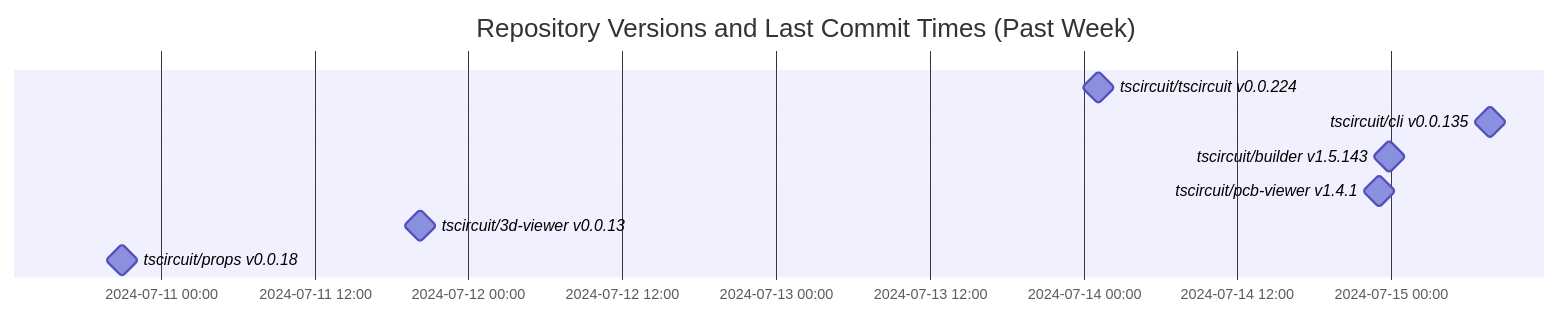
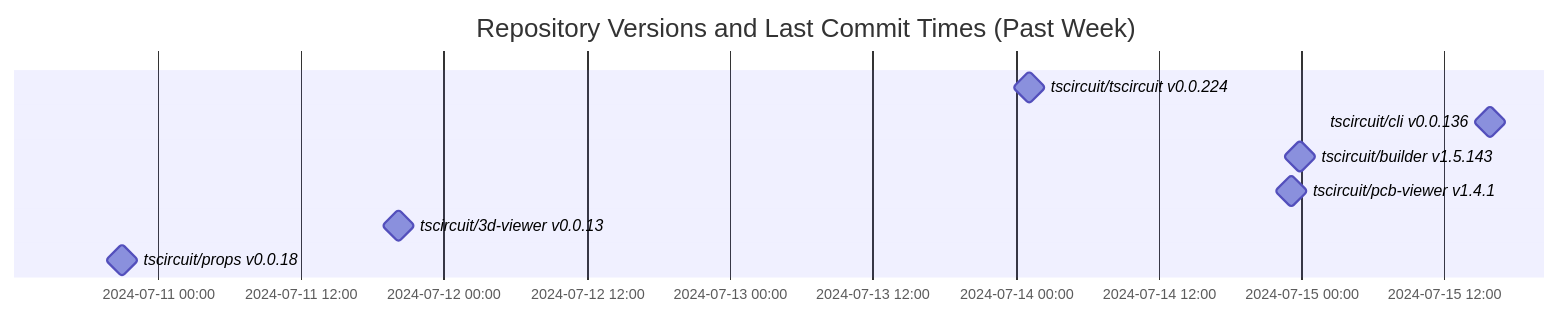
One commit to tscircuit/version-tracker changed the diagram in README.md. Above: the diagram before and after it, drawn with Mermaid.

Commit message:
Update chart

````diff
--- a/README.md
+++ b/README.md
@@ -1,13 +1,13 @@
 ```mermaid
 gantt
   dateFormat  YYYY-MM-DD HH:mm:ss
   title Repository Versions and Last Commit Times (Past Week)
   axisFormat %Y-%m-%d %H:%M
 
   tscircuit/tscircuit v0.0.224 : milestone, 2024-07-14 01:11:10, 1s
-  tscircuit/cli v0.0.135 : milestone, 2024-07-15 07:44:10, 1s
+  tscircuit/cli v0.0.136 : milestone, 2024-07-15 15:48:32, 1s
   tscircuit/builder v1.5.143 : milestone, 2024-07-14 23:49:38, 1s
   tscircuit/pcb-viewer v1.4.1 : milestone, 2024-07-14 23:05:20, 1s
   tscircuit/3d-viewer v0.0.13 : milestone, 2024-07-11 20:12:35, 1s
   tscircuit/props v0.0.18 : milestone, 2024-07-10 20:59:29, 1s
 ```
````
